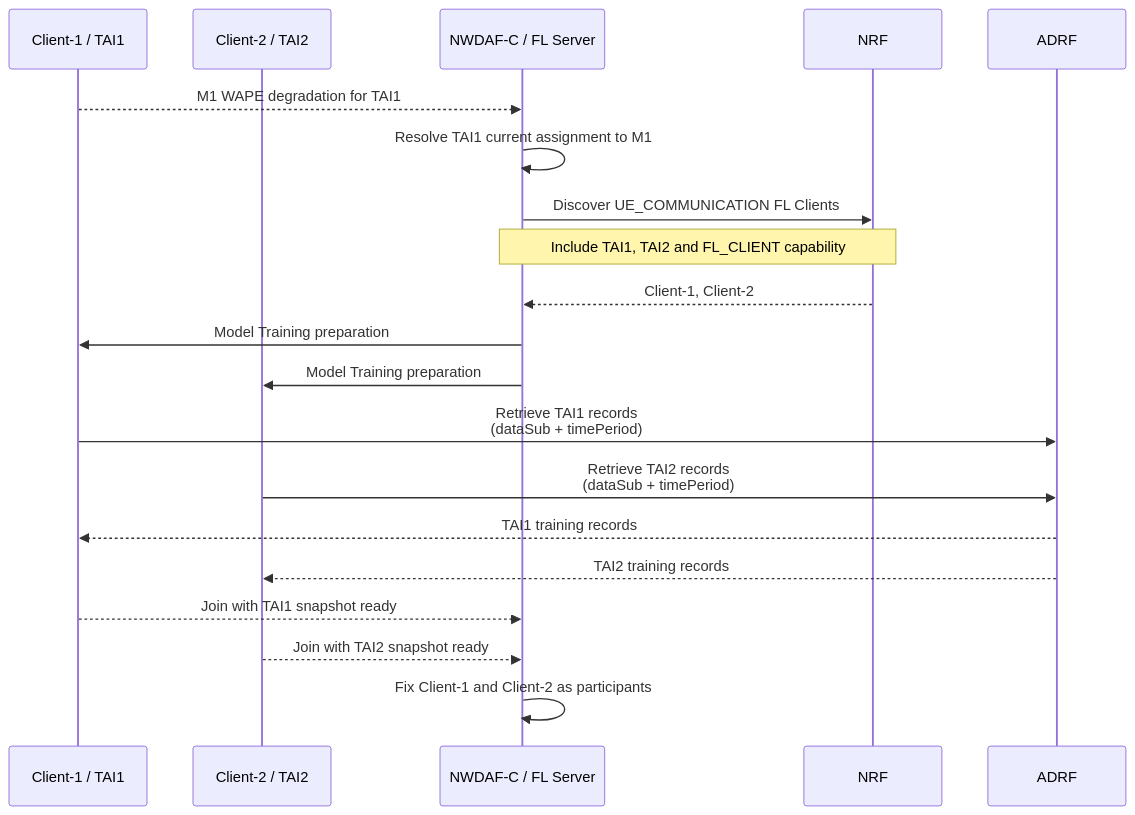
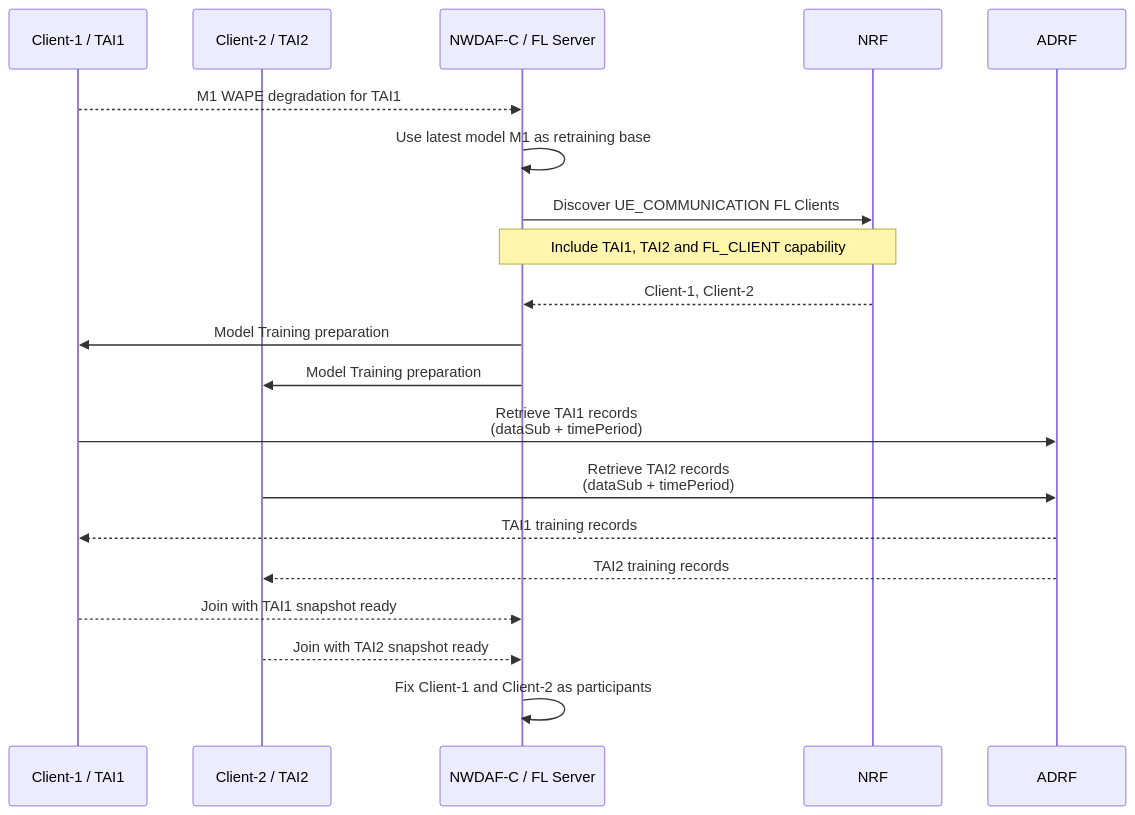
The sixth of 9 diagrams in docs/notes/distributed/overview/federated_retraining_meeting_overview.md (ChingJe/nwdaf-docs), drawn with Mermaid before and after one commit. The commit also changed other lines of this file and 1 other file, not shown here.

First line of the commit message:
docs(fl): complete distributed model lifecycle

````diff
--- a/docs/notes/distributed/overview/federated_retraining_meeting_overview.md
+++ b/docs/notes/distributed/overview/federated_retraining_meeting_overview.md
@@ -92,24 +145,24 @@
 ```mermaid
 sequenceDiagram
     participant A as Client-1 / TAI1
     participant B as Client-2 / TAI2
     participant C as NWDAF-C / FL Server
     participant NRF as NRF
     participant ADRF as ADRF
 
     A-->>C: M1 WAPE degradation for TAI1
-    C->>C: Resolve TAI1 current assignment to M1
+    C->>C: Use latest model M1 as retraining base
     C->>NRF: Discover UE_COMMUNICATION FL Clients
     Note over C,NRF: Include TAI1, TAI2 and FL_CLIENT capability
     NRF-->>C: Client-1, Client-2
 
     C->>A: Model Training preparation
     C->>B: Model Training preparation
     A->>ADRF: Retrieve TAI1 records<br/>(dataSub + timePeriod)
     B->>ADRF: Retrieve TAI2 records<br/>(dataSub + timePeriod)
     ADRF-->>A: TAI1 training records
     ADRF-->>B: TAI2 training records
     A-->>C: Join with TAI1 snapshot ready
     B-->>C: Join with TAI2 snapshot ready
     C->>C: Fix Client-1 and Client-2 as participants
 ```
````
